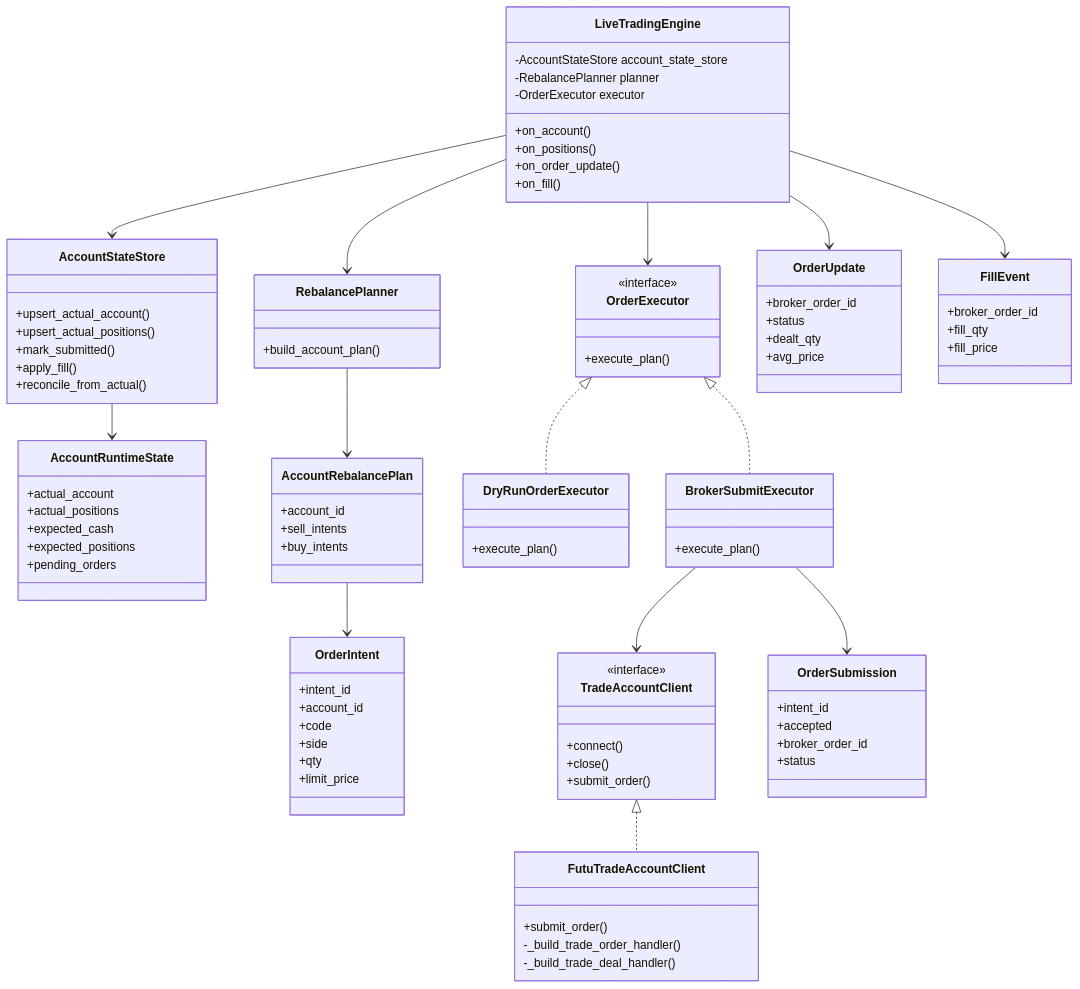
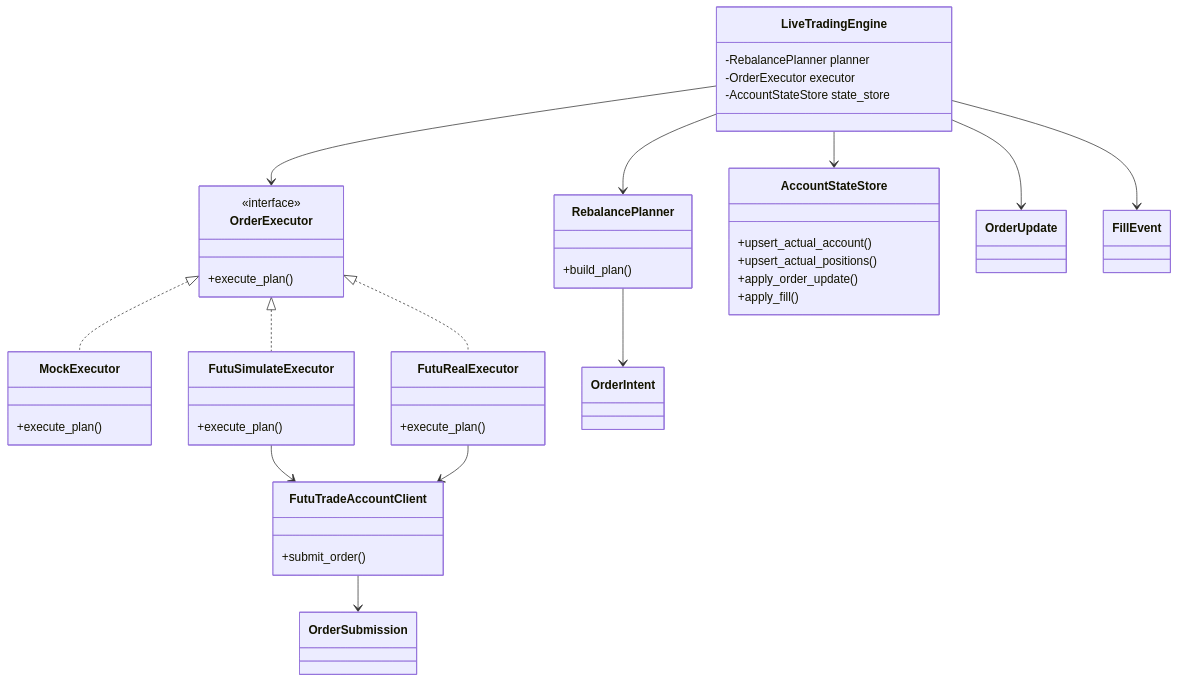
Before and after one commit to hangchow/backtest: the first of 5 diagrams in docs/README_livetrading_real_order_plan.md, drawn with Mermaid. The commit also changed other lines of this file, not shown here.

Commit message:
docs: update livetrading order execution plan

````diff
--- a/docs/README_livetrading_real_order_plan.md
+++ b/docs/README_livetrading_real_order_plan.md
@@ -378,39 +318,13 @@
 ```mermaid
 classDiagram
     class LiveTradingEngine {
-        -AccountStateStore account_state_store
         -RebalancePlanner planner
         -OrderExecutor executor
-        +on_account()
-        +on_positions()
-        +on_order_update()
-        +on_fill()
-    }
-
-    class AccountStateStore {
-        +upsert_actual_account()
-        +upsert_actual_positions()
-        +mark_submitted()
-        +apply_fill()
-        +reconcile_from_actual()
-    }
-
-    class AccountRuntimeState {
-        +actual_account
-        +actual_positions
-        +expected_cash
-        +expected_positions
-        +pending_orders
+        -AccountStateStore state_store
     }
 
     class RebalancePlanner {
-        +build_account_plan()
-    }
-
-    class AccountRebalancePlan {
-        +account_id
-        +sell_intents
-        +buy_intents
+        +build_plan()
     }
 
     class OrderExecutor {
@@ -418,67 +332,44 @@
         +execute_plan()
     }
 
-    class DryRunOrderExecutor {
+    class MockExecutor {
         +execute_plan()
     }
 
-    class BrokerSubmitExecutor {
+    class FutuSimulateExecutor {
         +execute_plan()
     }
 
-    class TradeAccountClient {
-        <<interface>>
-        +connect()
-        +close()
-        +submit_order()
+    class FutuRealExecutor {
+        +execute_plan()
     }
 
     class FutuTradeAccountClient {
         +submit_order()
-        -_build_trade_order_handler()
-        -_build_trade_deal_handler()
     }
 
-    class OrderIntent {
-        +intent_id
-        +account_id
-        +code
-        +side
-        +qty
-        +limit_price
+    class AccountStateStore {
+        +upsert_actual_account()
+        +upsert_actual_positions()
+        +apply_order_update()
+        +apply_fill()
     }
 
-    class OrderSubmission {
-        +intent_id
-        +accepted
-        +broker_order_id
-        +status
-    }
+    class OrderIntent
+    class OrderSubmission
+    class OrderUpdate
+    class FillEvent
 
-    class OrderUpdate {
-        +broker_order_id
-        +status
-        +dealt_qty
-        +avg_price
-    }
-
-    class FillEvent {
-        +broker_order_id
-        +fill_qty
-        +fill_price
-    }
-
-    LiveTradingEngine --> AccountStateStore
     LiveTradingEngine --> RebalancePlanner
     LiveTradingEngine --> OrderExecutor
-    AccountStateStore --> AccountRuntimeState
-    RebalancePlanner --> AccountRebalancePlan
-    AccountRebalancePlan --> OrderIntent
-    OrderExecutor <|.. DryRunOrderExecutor
-    OrderExecutor <|.. BrokerSubmitExecutor
-    BrokerSubmitExecutor --> TradeAccountClient
-    TradeAccountClient <|.. FutuTradeAccountClient
-    BrokerSubmitExecutor --> OrderSubmission
+    LiveTradingEngine --> AccountStateStore
+    OrderExecutor <|.. MockExecutor
+    OrderExecutor <|.. FutuSimulateExecutor
+    OrderExecutor <|.. FutuRealExecutor
+    FutuSimulateExecutor --> FutuTradeAccountClient
+    FutuRealExecutor --> FutuTradeAccountClient
+    RebalancePlanner --> OrderIntent
+    FutuTradeAccountClient --> OrderSubmission
     LiveTradingEngine --> OrderUpdate
     LiveTradingEngine --> FillEvent
 ```
````
